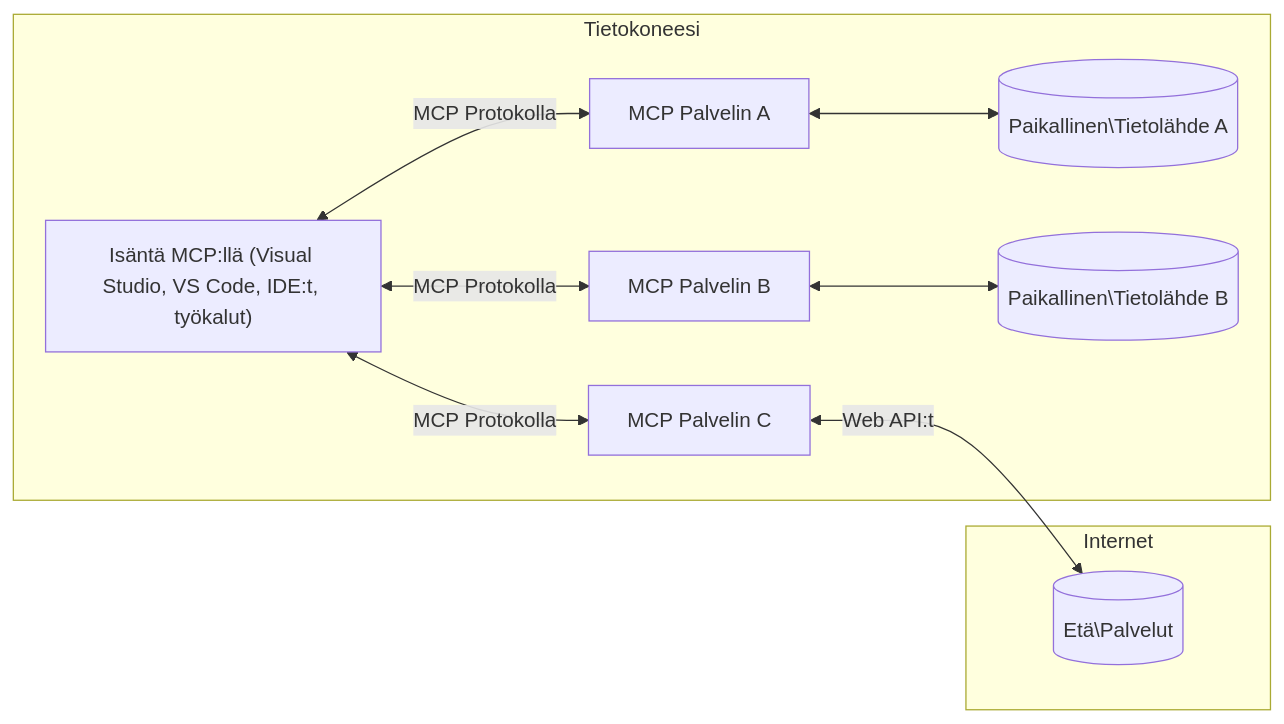
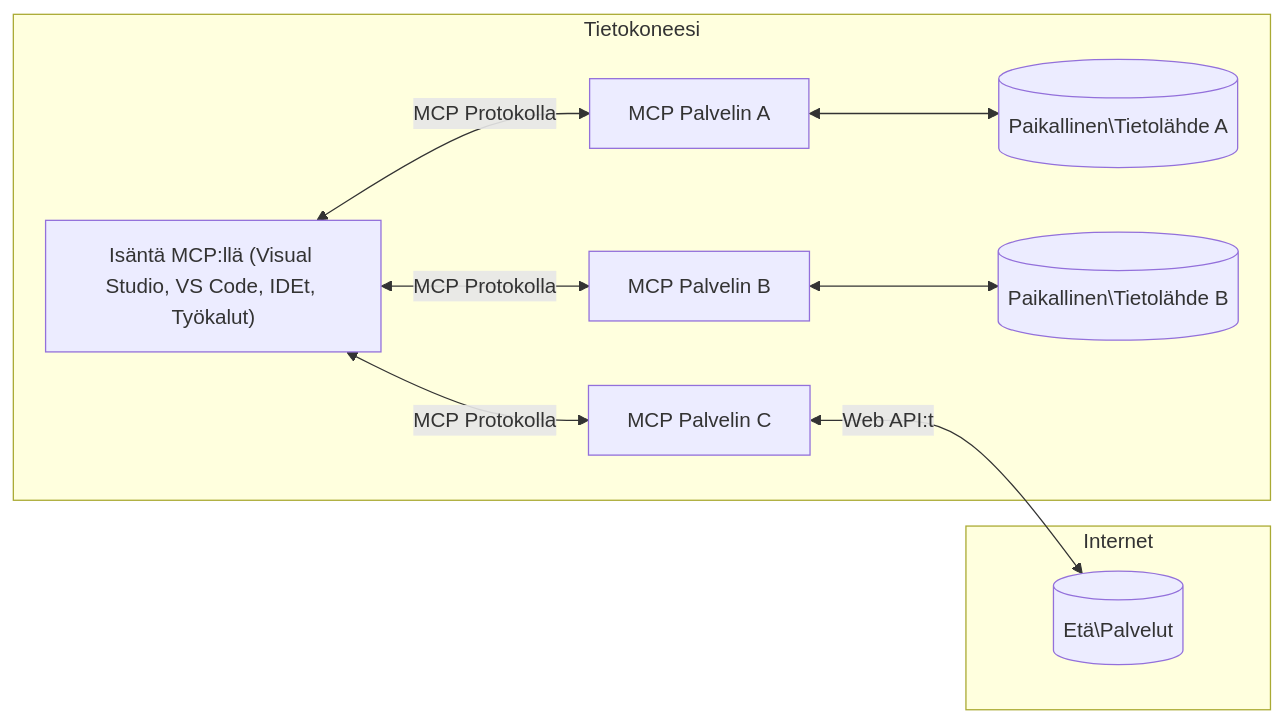
The diagram in translations/fi/01-CoreConcepts/README.md (Mu-L/mcp-for-beginners), drawn with Mermaid before and after one commit. The commit also changed other lines of this file and 110 other files, not shown here.

````diff
--- a/translations/fi/01-CoreConcepts/README.md
+++ b/translations/fi/01-CoreConcepts/README.md
@@ -45,17 +44,17 @@
 ```mermaid
 flowchart LR
     subgraph "Tietokoneesi"
-        Host["Isäntä MCP:llä (Visual Studio, VS Code, IDE:t, työkalut)"]
+        Host["Isäntä MCP:llä (Visual Studio, VS Code, IDEt, Työkalut)"]
         S1["MCP Palvelin A"]
         S2["MCP Palvelin B"]
         S3["MCP Palvelin C"]
         Host <-->|"MCP Protokolla"| S1
         Host <-->|"MCP Protokolla"| S2
         Host <-->|"MCP Protokolla"| S3
         S1 <--> D1[("Paikallinen\Tietolähde A")]
         S2 <--> D2[("Paikallinen\Tietolähde B")]
     end
     subgraph "Internet"
         S3 <-->|"Web API:t"| D3[("Etä\Palvelut")]
     end
 ```
````
